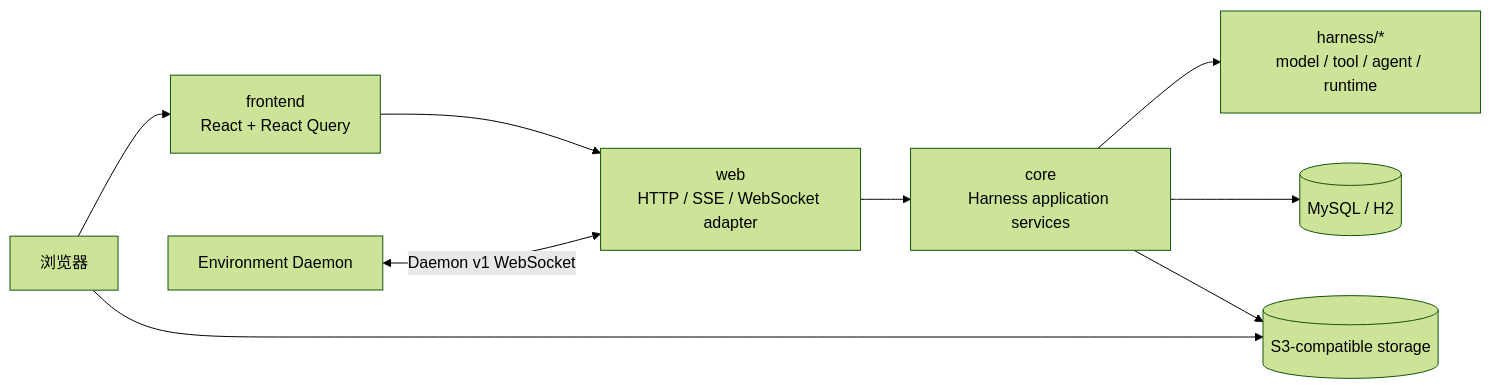
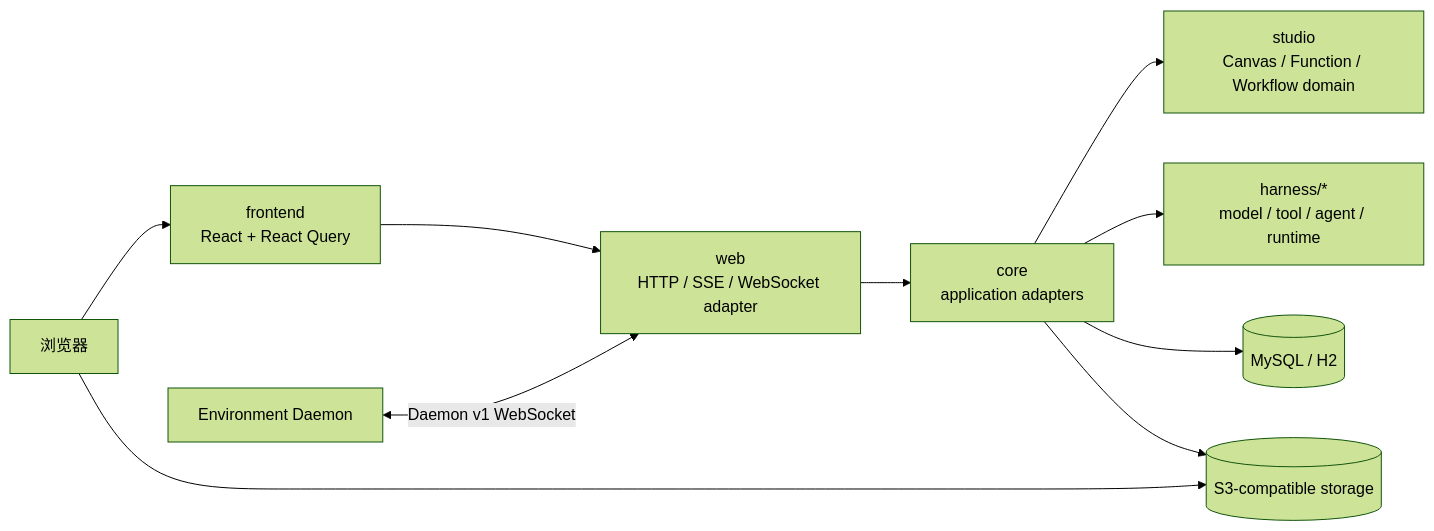
The diagram in docs/technical-solution/architecture.md (fengwk/kk-studio), drawn with Mermaid (forest theme) before and after one commit. The commit also changed other lines of this file and 71 other files, not shown here.

First line of the commit message:
feat(studio): scaffold pure domain module and stub adapters

````diff
--- a/docs/technical-solution/architecture.md
+++ b/docs/technical-solution/architecture.md
@@ -7,20 +7,22 @@
 ```mermaid
 flowchart LR
     Browser[浏览器]
     Frontend[frontend<br/>React + React Query]
     Web[web<br/>HTTP / SSE / WebSocket adapter]
-    Core[core<br/>Harness application services]
+    Core[core<br/>application adapters]
+    Studio[studio<br/>Canvas / Function / Workflow domain]
     Runtime[harness/*<br/>model / tool / agent / runtime]
     Store[(MySQL / H2)]
     Environment[Environment Daemon]
     S3[(S3-compatible storage)]
 
     Browser --> Frontend
     Frontend --> Web
     Web --> Core
+    Core --> Studio
     Core --> Runtime
     Core --> Store
     Browser --> S3
     Environment <-->|Daemon v1 WebSocket| Web
     Core --> S3
 ```
````
